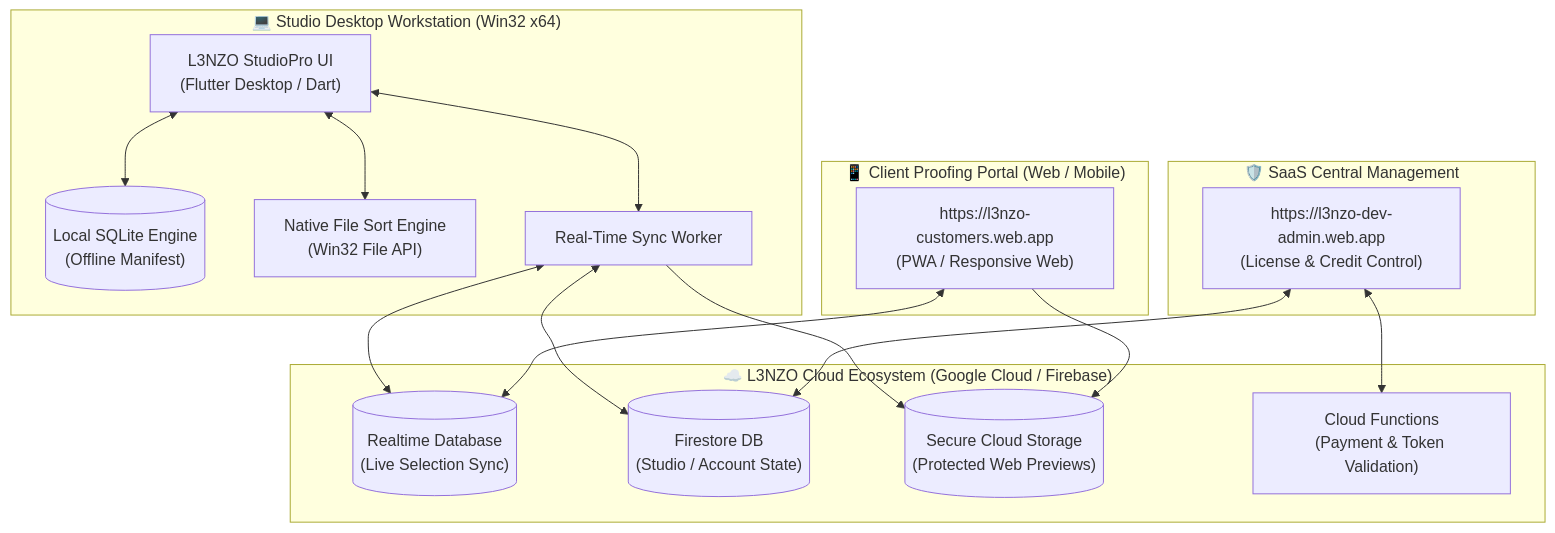
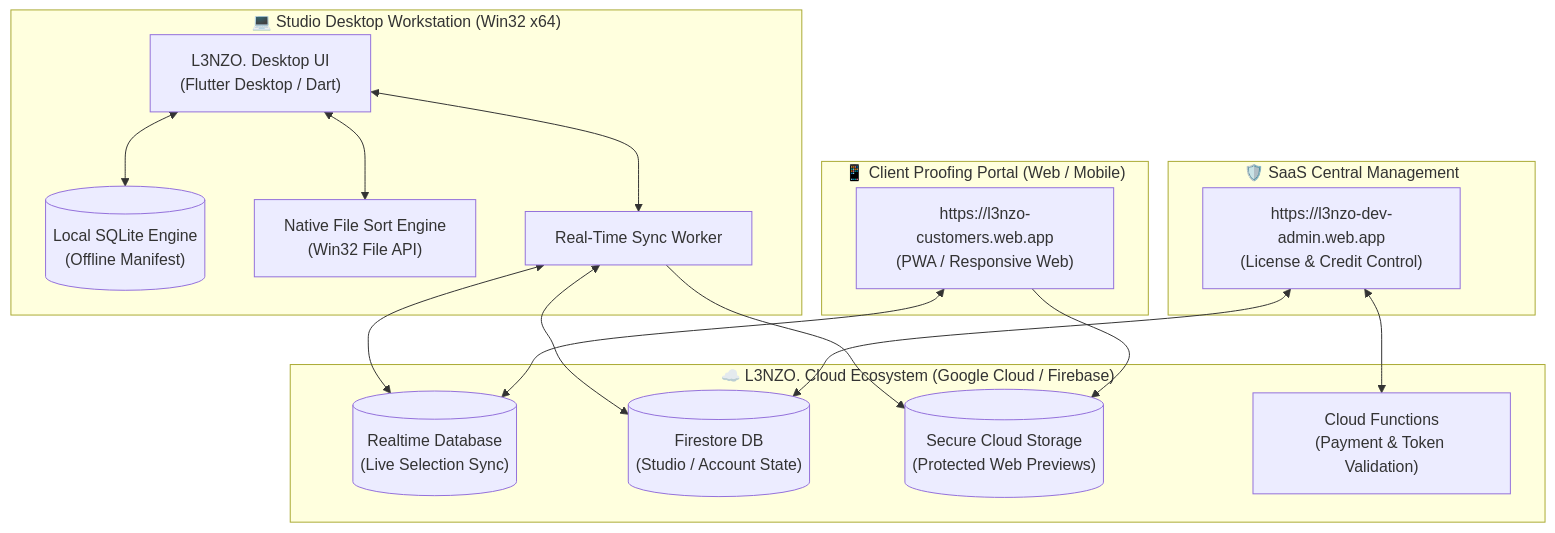
Before and after one commit to vasanth5545/l3nzo: the diagram in README.md, drawn with Mermaid. The commit also changed other lines of this file and 9 other files, not shown here.

Commit message:
fix(brand): enforce L3NZO. branding, eradicate StudioPro, add native vector banner and new L3. logo

````diff
--- a/README.md
+++ b/README.md
@@ -96,36 +73,36 @@
 ```mermaid
 graph TD
     subgraph Desktop Workstation ["💻 Studio Desktop Workstation (Win32 x64)"]
-        UI["L3NZO StudioPro UI\n(Flutter Desktop / Dart)"]
+        UI["L3NZO. Desktop UI\n(Flutter Desktop / Dart)"]
         LocalDB[("Local SQLite Engine\n(Offline Manifest)")]
         SortEngine["Native File Sort Engine\n(Win32 File API)"]
         SyncEngine["Real-Time Sync Worker"]
         
         UI <--> LocalDB
         UI <--> SortEngine
         UI <--> SyncEngine
     end
 
-    subgraph Cloud Infrastructure ["☁️ L3NZO Cloud Ecosystem (Google Cloud / Firebase)"]
+    subgraph Cloud Infrastructure ["☁️ L3NZO. Cloud Ecosystem (Google Cloud / Firebase)"]
         RTDB[("Realtime Database\n(Live Selection Sync)")]
         Firestore[("Firestore DB\n(Studio / Account State)")]
         Storage[("Secure Cloud Storage\n(Protected Web Previews)")]
         Functions["Cloud Functions\n(Payment & Token Validation)"]
     end
 
     subgraph Client Experience ["📱 Client Proofing Portal (Web / Mobile)"]
         ClientWeb["https://l3nzo-customers.web.app\n(PWA / Responsive Web)"]
         ClientWeb <--> RTDB
         ClientWeb --> Storage
     end
 
     subgraph Admin Portal ["🛡️ SaaS Central Management"]
         AdminWeb["https://l3nzo-dev-admin.web.app\n(License & Credit Control)"]
         AdminWeb <--> Firestore
         AdminWeb <--> Functions
     end
 
     SyncEngine <--> RTDB
     SyncEngine <--> Firestore
     SyncEngine --> Storage
 ```
````
